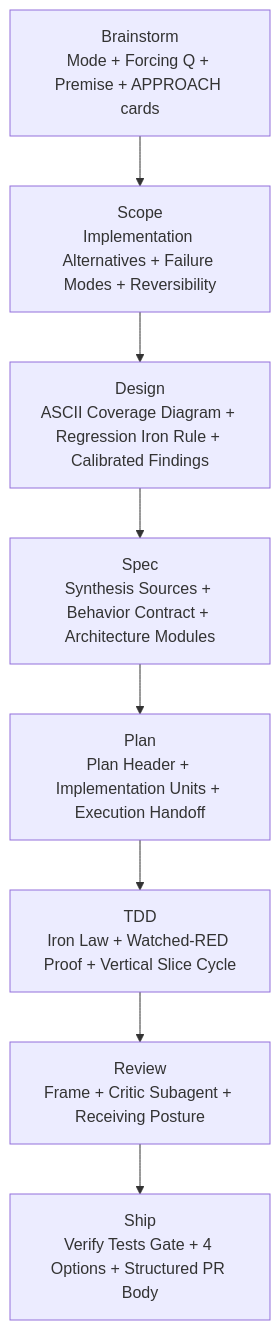
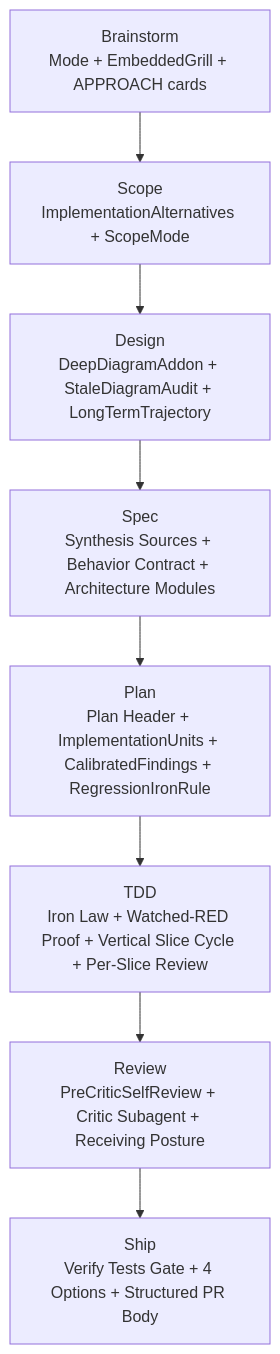
Before and after one commit to zuevrs/cclaw: the second of 2 diagrams in docs/quality-gates.md, drawn with Mermaid. The commit also changed other lines of this file and 134 other files, not shown here.

````diff
--- a/docs/quality-gates.md
+++ b/docs/quality-gates.md
@@ -129,13 +131,13 @@
 ```mermaid
 flowchart TD
-  B[Brainstorm<br/>Mode + Forcing Q + Premise + APPROACH cards]
-  S[Scope<br/>Implementation Alternatives + Failure Modes + Reversibility]
-  D[Design<br/>ASCII Coverage Diagram + Regression Iron Rule + Calibrated Findings]
+  B[Brainstorm<br/>Mode + EmbeddedGrill + APPROACH cards]
+  S[Scope<br/>ImplementationAlternatives + ScopeMode]
+  D[Design<br/>DeepDiagramAddon + StaleDiagramAudit + LongTermTrajectory]
   SP[Spec<br/>Synthesis Sources + Behavior Contract + Architecture Modules]
-  P[Plan<br/>Plan Header + Implementation Units + Execution Handoff]
-  T[TDD<br/>Iron Law + Watched-RED Proof + Vertical Slice Cycle]
-  R[Review<br/>Frame + Critic Subagent + Receiving Posture]
+  P[Plan<br/>Plan Header + ImplementationUnits + CalibratedFindings + RegressionIronRule]
+  T[TDD<br/>Iron Law + Watched-RED Proof + Vertical Slice Cycle + Per-Slice Review]
+  R[Review<br/>PreCriticSelfReview + Critic Subagent + Receiving Posture]
   SH[Ship<br/>Verify Tests Gate + 4 Options + Structured PR Body]
 
   B --> S --> D --> SP --> P --> T --> R --> SH
 ```
````
